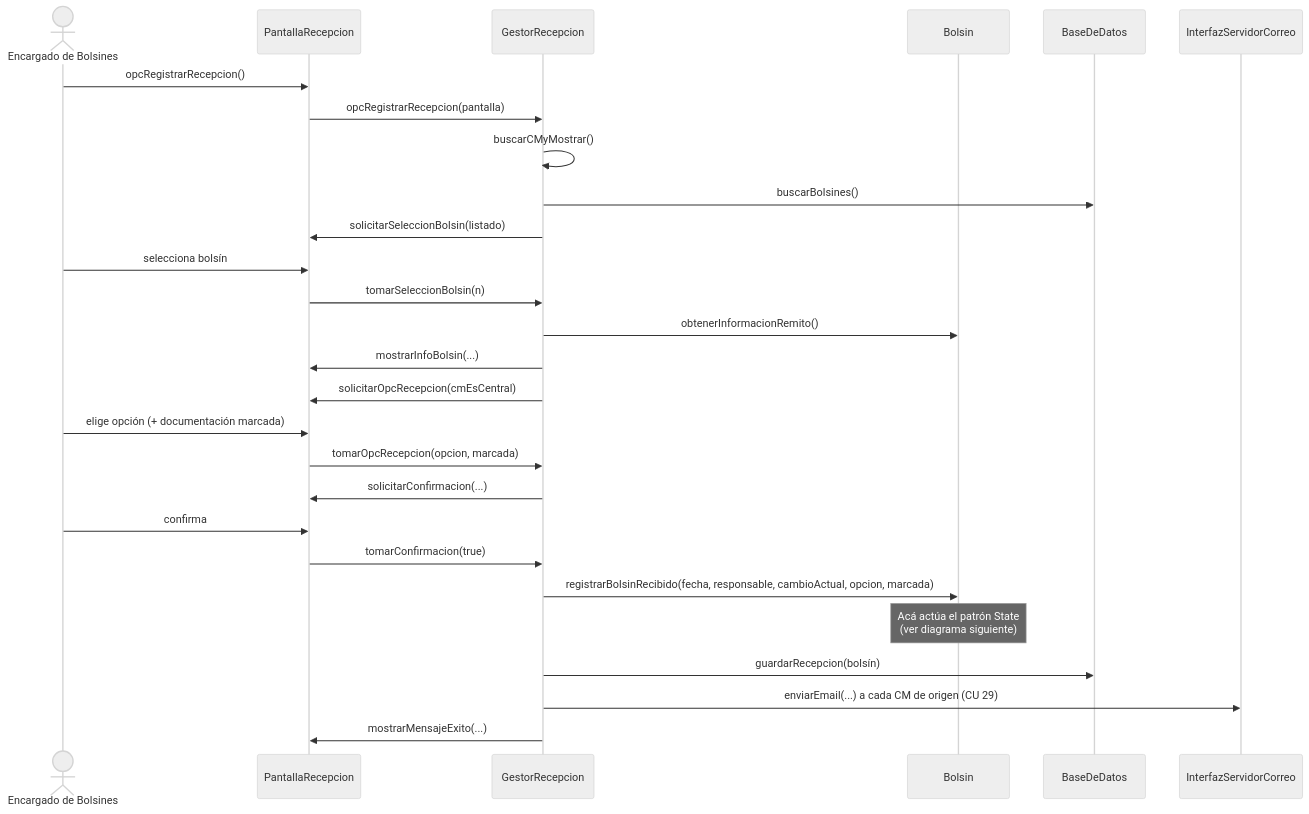
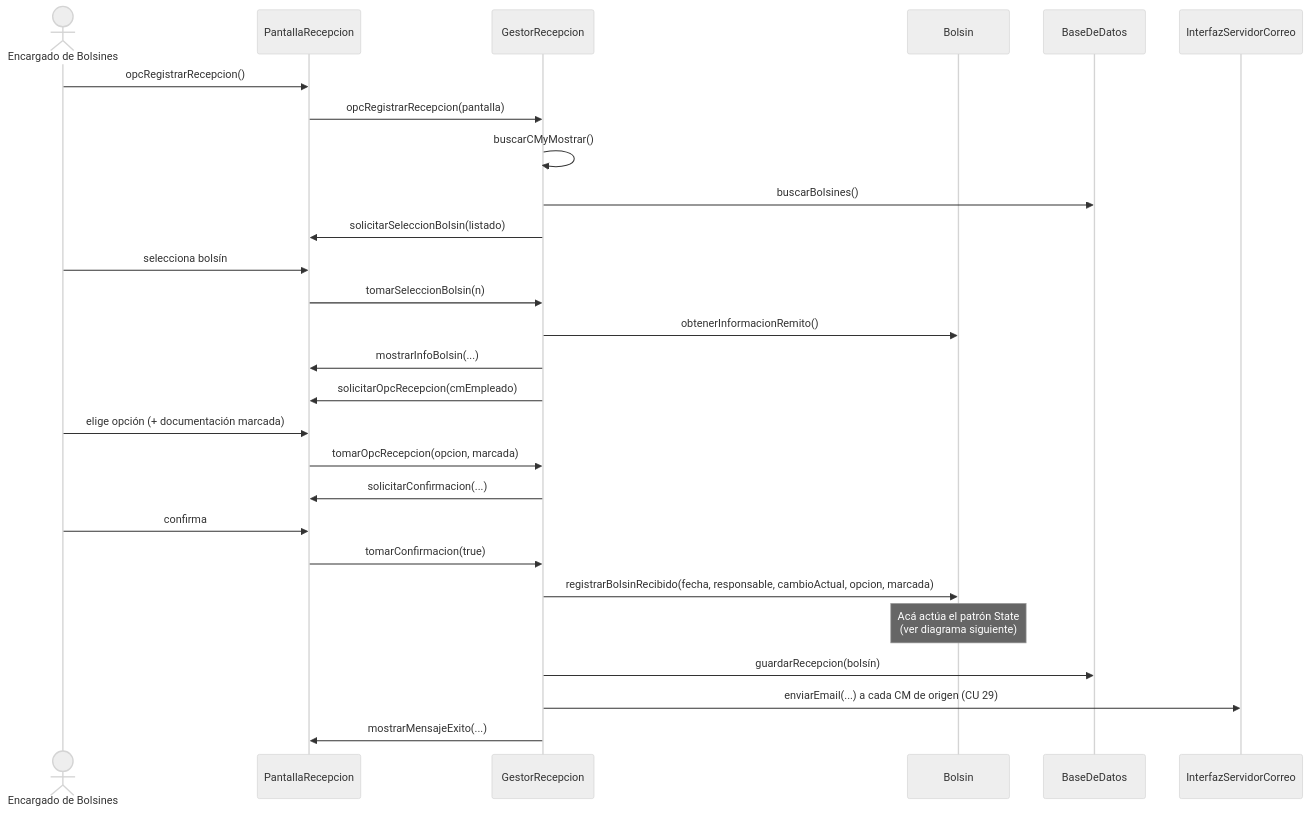
One commit to maxivolpe/PPAI-CU28 changed the first of 5 diagrams in README.md. Above: the diagram before and after it, drawn with Mermaid (neutral theme). The commit also changed other lines of this file and 28 other files, not shown here.

````diff
--- a/README.md
+++ b/README.md
@@ -155,30 +155,30 @@
 ```mermaid
 sequenceDiagram
     actor EB as Encargado de Bolsines
     participant P as PantallaRecepcion
     participant G as GestorRecepcion
     participant B as Bolsin
     participant DB as BaseDeDatos
     participant M as InterfazServidorCorreo
 
     EB->>P: opcRegistrarRecepcion()
     P->>G: opcRegistrarRecepcion(pantalla)
     G->>G: buscarCMyMostrar()
     G->>DB: buscarBolsines()
     G->>P: solicitarSeleccionBolsin(listado)
     EB->>P: selecciona bolsín
     P->>G: tomarSeleccionBolsin(n)
     G->>B: obtenerInformacionRemito()
     G->>P: mostrarInfoBolsin(...)
-    G->>P: solicitarOpcRecepcion(cmEsCentral)
+    G->>P: solicitarOpcRecepcion(cmEmpleado)
     EB->>P: elige opción (+ documentación marcada)
     P->>G: tomarOpcRecepcion(opcion, marcada)
     G->>P: solicitarConfirmacion(...)
     EB->>P: confirma
     P->>G: tomarConfirmacion(true)
     G->>B: registrarBolsinRecibido(fecha, responsable, cambioActual, opcion, marcada)
     Note over B: Acá actúa el patrón State<br/>(ver diagrama siguiente)
     G->>DB: guardarRecepcion(bolsín)
     G->>M: enviarEmail(...) a cada CM de origen (CU 29)
     G->>P: mostrarMensajeExito(...)
 ```
````
